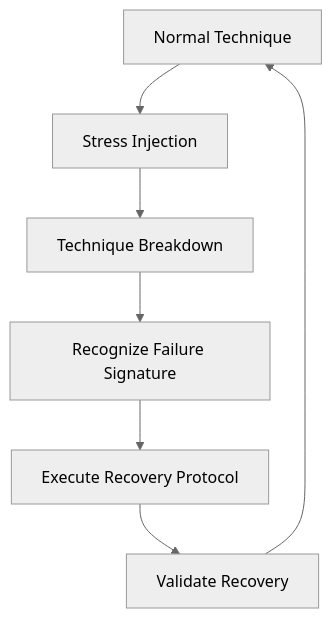
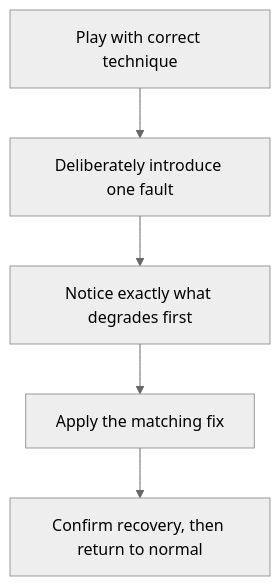
Before and after one commit to blebleblee/synapse: the third of 3 diagrams in topics/arts/music_performance/drums/labs.md, drawn with Mermaid (neutral theme). The commit also changed other lines of this file and 2 other files, not shown here.

````diff
--- a/topics/arts/music_performance/drums/labs.md
+++ b/topics/arts/music_performance/drums/labs.md
@@ -474,9 +174,7 @@
 ```mermaid
 graph TD
-    sub_normal["Normal Technique"] --> sub_stress["Stress Injection"]
-    sub_stress --> sub_failure["Technique Breakdown"]
-    sub_failure --> sub_recognize["Recognize Failure Signature"]
-    sub_recognize --> sub_recover["Execute Recovery Protocol"]
-    sub_recover --> sub_validate["Validate Recovery"]
-    sub_validate --> sub_normal
+    sub_normal["Play with correct technique"] --> sub_break["Deliberately introduce one fault"]
+    sub_break --> sub_watch["Notice exactly what degrades first"]
+    sub_watch --> sub_fix["Apply the matching fix"]
+    sub_fix --> sub_confirm["Confirm recovery, then return to normal"]
 ```
````
